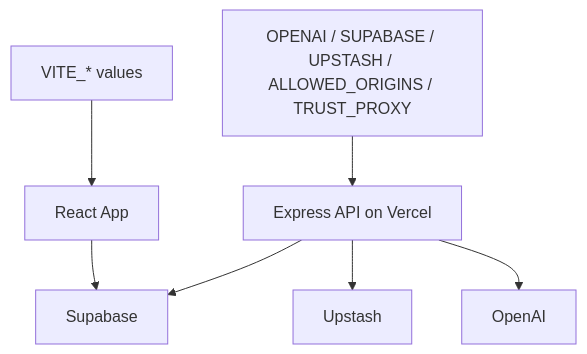
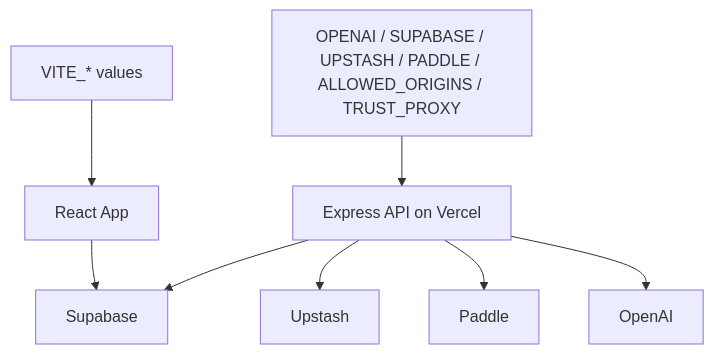
The third of 3 diagrams in src/docs/architecture/07-deployment-and-environments.md (DIFRYNTECH/attune), drawn with Mermaid before and after one commit. The commit also changed other lines of this file and 23 other files, not shown here.

````diff
--- a/src/docs/architecture/07-deployment-and-environments.md
+++ b/src/docs/architecture/07-deployment-and-environments.md
@@ -67,9 +74,10 @@
 ```mermaid
 flowchart TB
     ViteEnv[VITE_* values] --> Frontend[React App]
-    ServerEnv["OPENAI / SUPABASE / UPSTASH / ALLOWED_ORIGINS / TRUST_PROXY"] --> API[Express API on Vercel]
+    ServerEnv["OPENAI / SUPABASE / UPSTASH / PADDLE / ALLOWED_ORIGINS / TRUST_PROXY"] --> API[Express API on Vercel]
     Frontend --> Supabase
     API --> Supabase
     API --> Upstash
+    API --> Paddle
     API --> OpenAI
 ```
````
